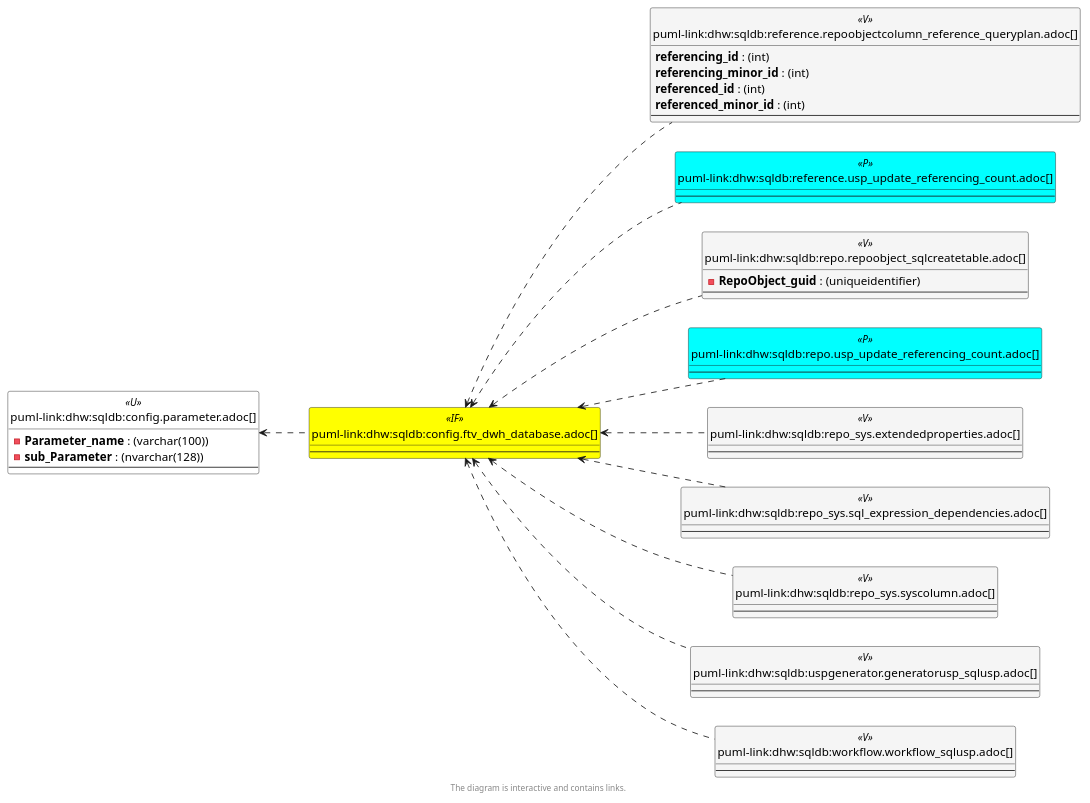
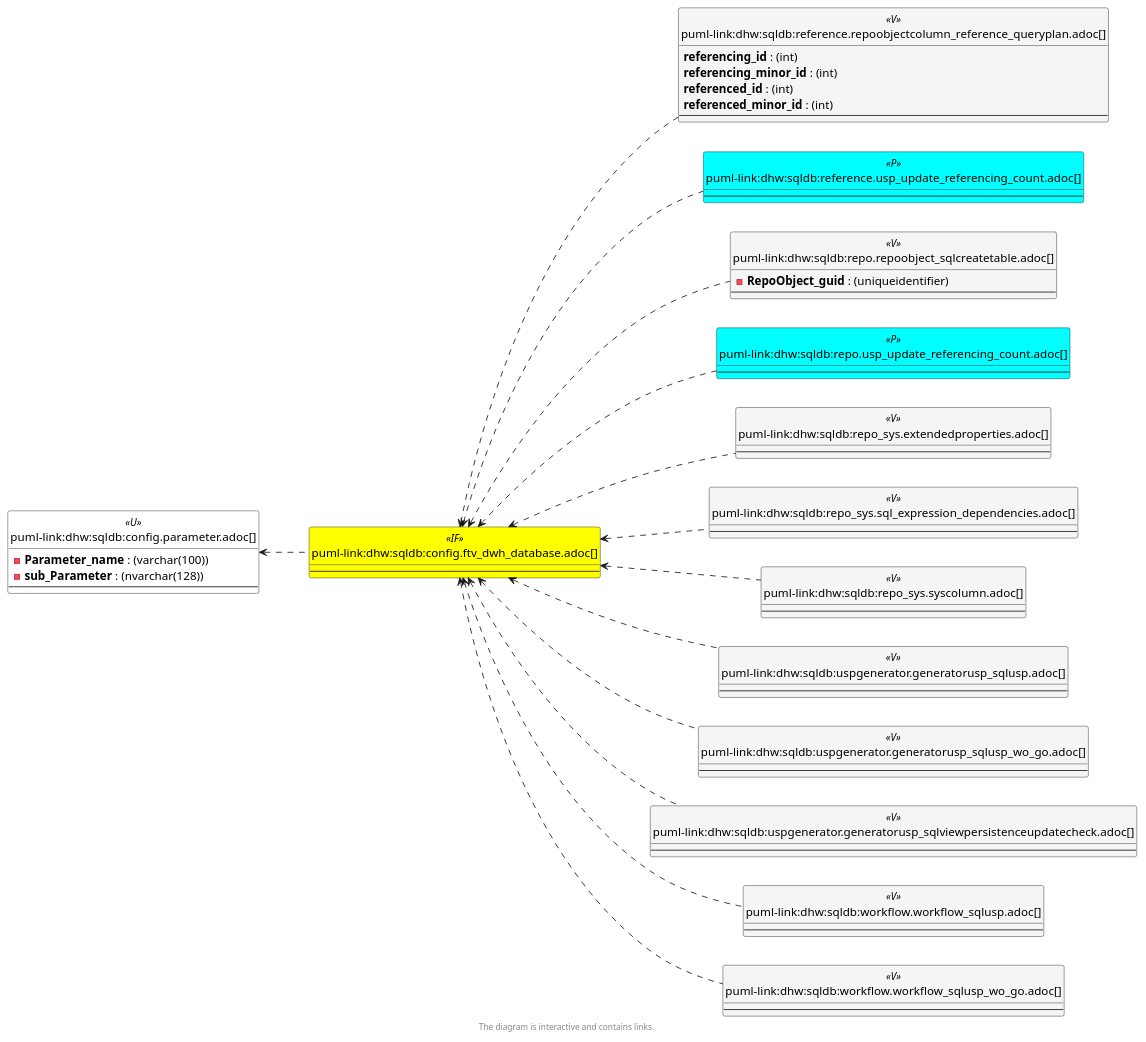
The third of 6 diagrams in docs/modules/sqldb/partials/content/config.ftv_dwh_database.adoc (DataHandwerk/dhw-antora-sqldb), drawn with PlantUML before and after one commit. The commit also changed other lines of this file and 701 other files, not shown here.

```diff
--- a/docs/modules/sqldb/partials/content/config.ftv_dwh_database.adoc
+++ b/docs/modules/sqldb/partials/content/config.ftv_dwh_database.adoc
@@ -618,19 +621,34 @@
   --
 }
 
+entity "puml-link:dhw:sqldb:uspgenerator.generatorusp_sqlusp_wo_go.adoc[]" as uspgenerator.GeneratorUsp_SqlUsp_wo_GO << V >> {
+  --
+}
+
+entity "puml-link:dhw:sqldb:uspgenerator.generatorusp_sqlviewpersistenceupdatecheck.adoc[]" as uspgenerator.GeneratorUsp_SqlViewPersistenceUpdateCheck << V >> {
+  --
+}
+
 entity "puml-link:dhw:sqldb:workflow.workflow_sqlusp.adoc[]" as workflow.Workflow_SqlUsp << V >> {
   --
 }
 
+entity "puml-link:dhw:sqldb:workflow.workflow_sqlusp_wo_go.adoc[]" as workflow.Workflow_SqlUsp_wo_GO << V >> {
+  --
+}
+
+config.ftv_dwh_database <.. reference.RepoObjectColumn_reference_QueryPlan
+config.ftv_dwh_database <.. reference.usp_update_Referencing_Count
+config.ftv_dwh_database <.. repo.RepoObject_SqlCreateTable
+config.ftv_dwh_database <.. repo.usp_update_Referencing_Count
+config.ftv_dwh_database <.. repo_sys.ExtendedProperties
+config.ftv_dwh_database <.. repo_sys.sql_expression_dependencies
+config.ftv_dwh_database <.. repo_sys.SysColumn
 config.ftv_dwh_database <.. uspgenerator.GeneratorUsp_SqlUsp
-config.ftv_dwh_database <.. repo_sys.ExtendedProperties
-config.ftv_dwh_database <.. repo_sys.SysColumn
-config.ftv_dwh_database <.. repo_sys.sql_expression_dependencies
-config.ftv_dwh_database <.. reference.RepoObjectColumn_reference_QueryPlan
-config.ftv_dwh_database <.. repo.RepoObject_SqlCreateTable
+config.ftv_dwh_database <.. uspgenerator.GeneratorUsp_SqlUsp_wo_GO
+config.ftv_dwh_database <.. uspgenerator.GeneratorUsp_SqlViewPersistenceUpdateCheck
 config.ftv_dwh_database <.. workflow.Workflow_SqlUsp
-config.ftv_dwh_database <.. reference.usp_update_Referencing_Count
-config.ftv_dwh_database <.. repo.usp_update_Referencing_Count
+config.ftv_dwh_database <.. workflow.Workflow_SqlUsp_wo_GO
 config.Parameter <.. config.ftv_dwh_database
 
 footer The diagram is interactive and contains links.
```
